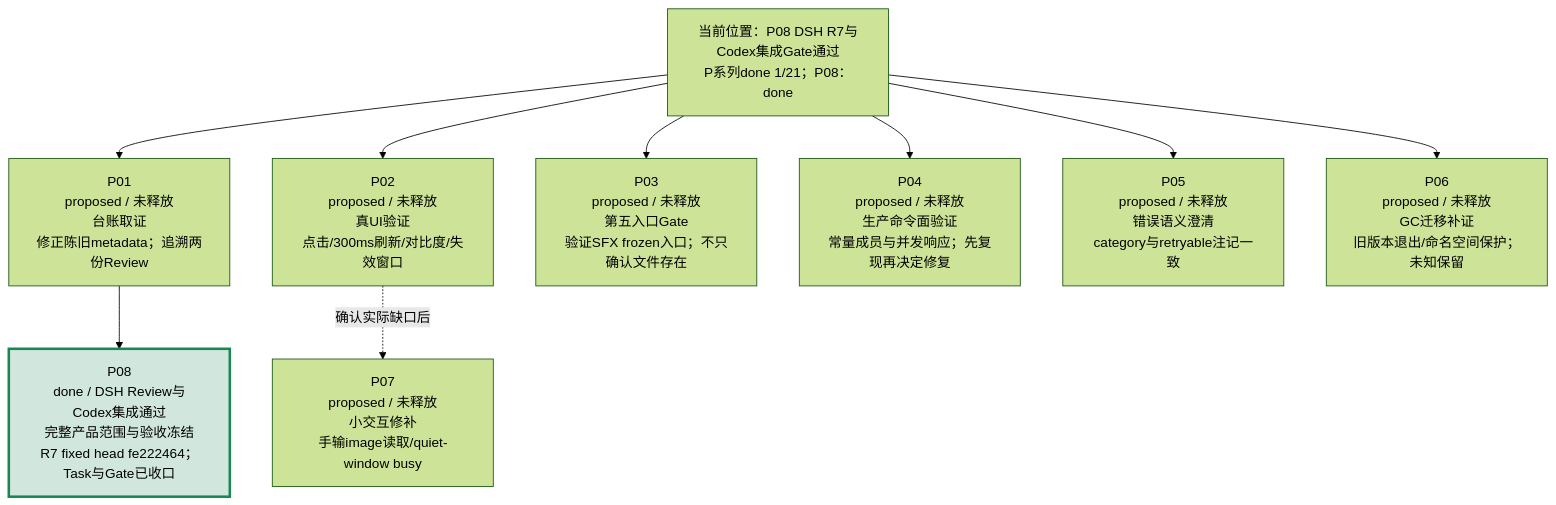
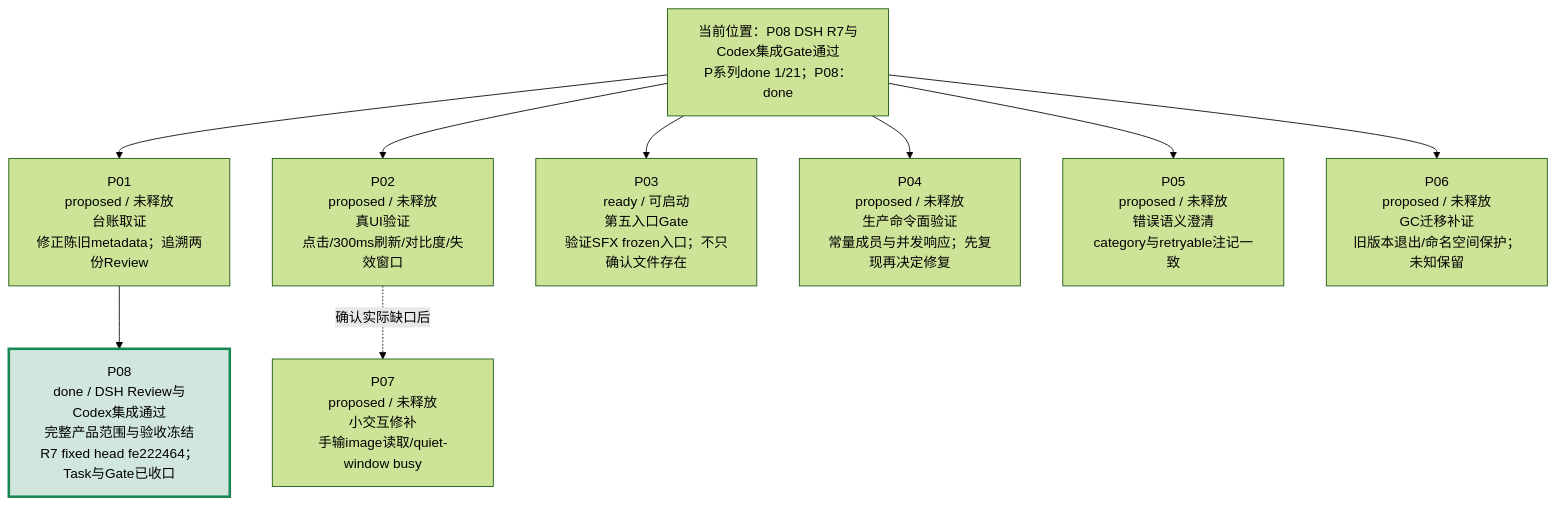
Before and after one commit to peakwheat-pixel/New-Manga: the second of 4 diagrams in verification/PROJECT-ROADMAP-20261008/ROADMAP.md, drawn with Mermaid (forest theme). The commit also changed other lines of this file and 9 other files, not shown here.

````diff
--- a/verification/PROJECT-ROADMAP-20261008/ROADMAP.md
+++ b/verification/PROJECT-ROADMAP-20261008/ROADMAP.md
@@ -30,12 +30,12 @@
 ```mermaid
 flowchart TB
   BASE["当前位置：P08 DSH R7与Codex集成Gate通过<br/>P系列done 1/21；P08：done"] --> P01["P01<br/>proposed / 未释放<br/>台账取证<br/>修正陈旧metadata；追溯两份Review"]
   BASE --> P02["P02<br/>proposed / 未释放<br/>真UI验证<br/>点击/300ms刷新/对比度/失效窗口"]
-  BASE --> P03["P03<br/>proposed / 未释放<br/>第五入口Gate<br/>验证SFX frozen入口；不只确认文件存在"]
+  BASE --> P03["P03<br/>ready / 可启动<br/>第五入口Gate<br/>验证SFX frozen入口；不只确认文件存在"]
   BASE --> P04["P04<br/>proposed / 未释放<br/>生产命令面验证<br/>常量成员与并发响应；先复现再决定修复"]
   BASE --> P05["P05<br/>proposed / 未释放<br/>错误语义澄清<br/>category与retryable注记一致"]
   BASE --> P06["P06<br/>proposed / 未释放<br/>GC迁移补证<br/>旧版本退出/命名空间保护；未知保留"]
   P02 -. "确认实际缺口后" .-> P07["P07<br/>proposed / 未释放<br/>小交互修补<br/>手输image读取/quiet-window busy"]
   P01 --> P08["P08<br/>done / DSH Review与Codex集成通过<br/>完整产品范围与验收冻结<br/>R7 fixed head fe222464；Task与Gate已收口"]
   style P08 fill:#d1e7dd,stroke:#198754,stroke-width:3px
 ```
````
